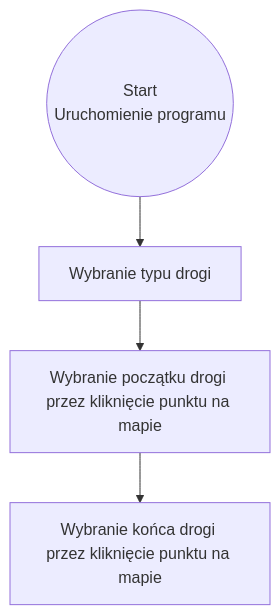
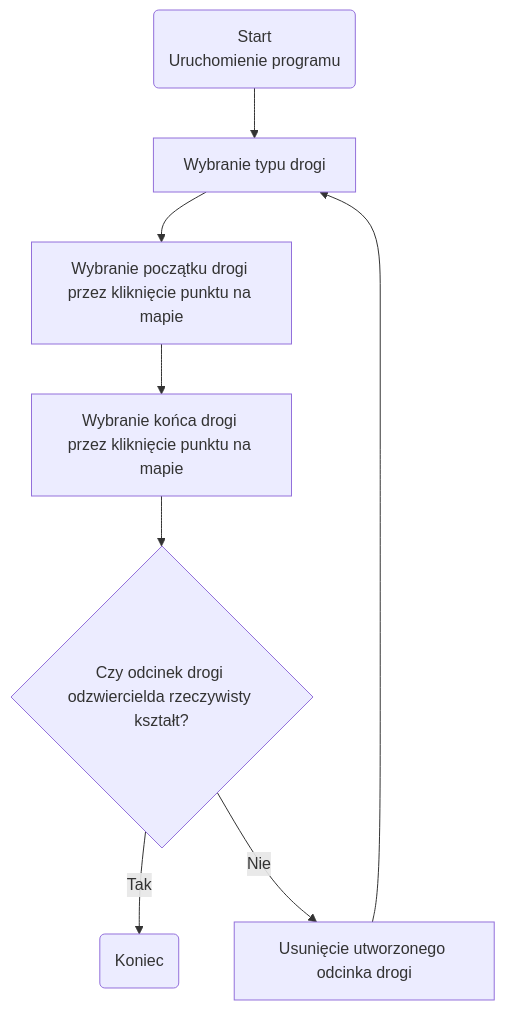
The diagram in docs/user_flow.md (Vomiroy/Symulator-ruchu-drogowego), drawn with Mermaid before and after one commit.

Commit message:
Update user flow diagram with additional steps

````diff
--- a/docs/user_flow.md
+++ b/docs/user_flow.md
@@ -1,7 +1,11 @@
 ```mermaid
 flowchart TD
-    A((Start
-Uruchomienie programu)) --> B[Wybranie typu drogi]
+    A(Start
+Uruchomienie programu) --> B[Wybranie typu drogi]
     B --> C[Wybranie początku drogi przez kliknięcie punktu na mapie]
     C --> D[Wybranie końca drogi przez kliknięcie punktu na mapie]
+    D --> E{Czy odcinek drogi odzwiercielda rzeczywisty kształt?}
+    E -- Tak --> F(Koniec)
+    E -- Nie --> G[Usunięcie utworzonego odcinka drogi]
+    G --> B  
 ```
````
